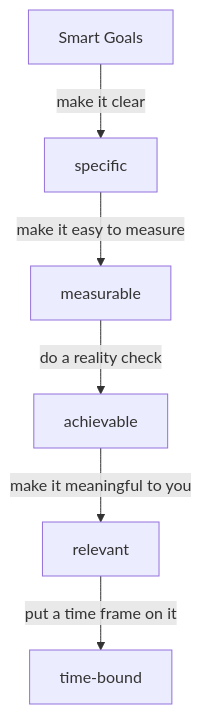
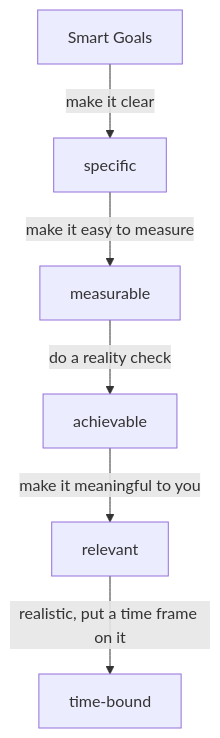
Before and after one commit to pleabargain/EnglishHelpsYourCareer: the diagram in mermaid SMART goals.md, drawn with Mermaid. The commit also changed 55 other files, not shown here.

````diff
--- a/mermaid SMART goals.md
+++ b/mermaid SMART goals.md
@@ -2,9 +2,9 @@
 ```mermaid
 graph TD
 start[Smart Goals]-->|make it clear| S[specific]
 S[specific] -->|make it easy to measure| M[measurable]
 M[measurable] -->|do a reality check| A[achievable]
 A[achievable] -->|make it meaningful to you| R[relevant] 
-R[relevant] -->|put a time frame on it| T[time-bound]
+R[relevant] -->|realistic, put a time frame on it| T[time-bound]
 
 ```
````
